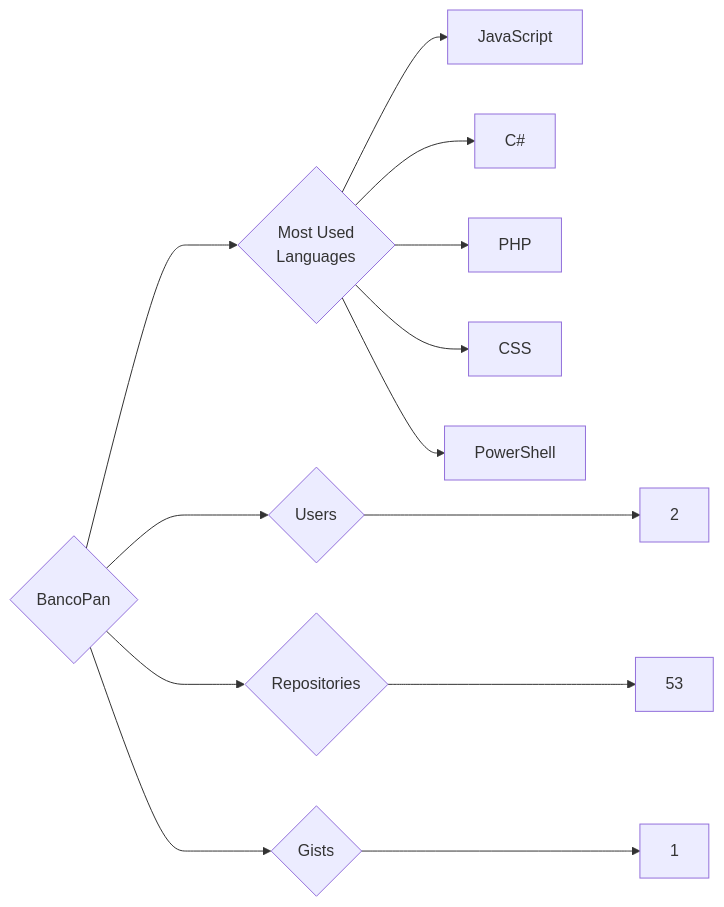
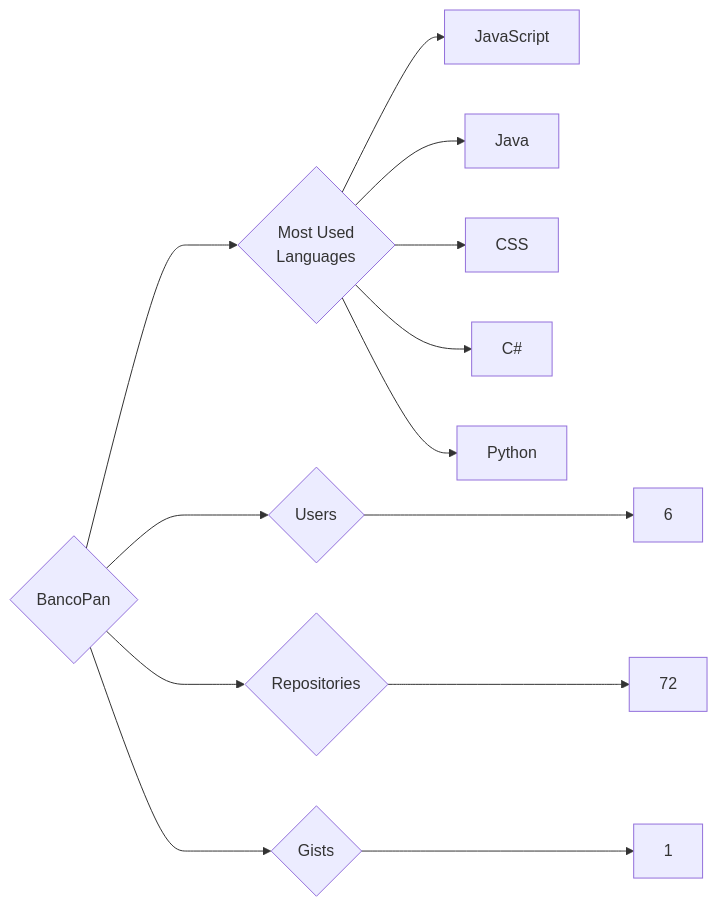
The diagram in targets/BancoPan/README.md (trickest/insiders), drawn with Mermaid before and after one commit. The commit also changed 985 other files, not shown here.

````diff
--- a/targets/BancoPan/README.md
+++ b/targets/BancoPan/README.md
@@ -3,13 +3,13 @@
 ```mermaid
 graph LR
 COMPANY_NAME{BancoPan}
-COMPANY_NAME ---> U{Users} ---> UN[2]
-COMPANY_NAME ---> R{Repositories} ---> RN[53]
+COMPANY_NAME ---> U{Users} ---> UN[6]
+COMPANY_NAME ---> R{Repositories} ---> RN[72]
 COMPANY_NAME ---> G{Gists} ---> GN[1]
 COMPANY_NAME ---> ML{Most Used<br>Languages}
 ML --> JavaScript[JavaScript]
+ML --> Java[Java]
+ML --> CSS[CSS]
 ML --> C#[C#]
-ML --> PHP[PHP]
-ML --> CSS[CSS]
-ML --> PowerShell[PowerShell]
+ML --> Python[Python]
 ```
````
